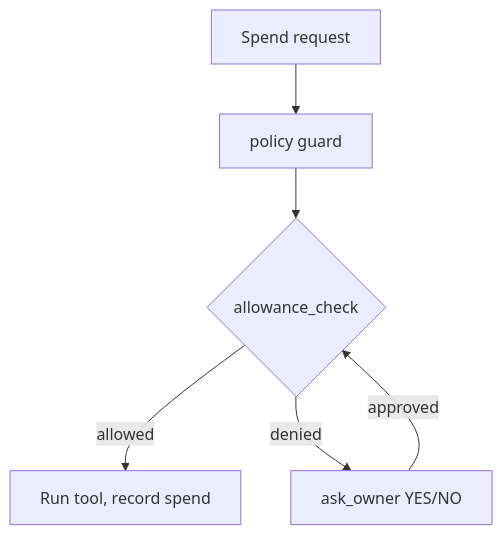
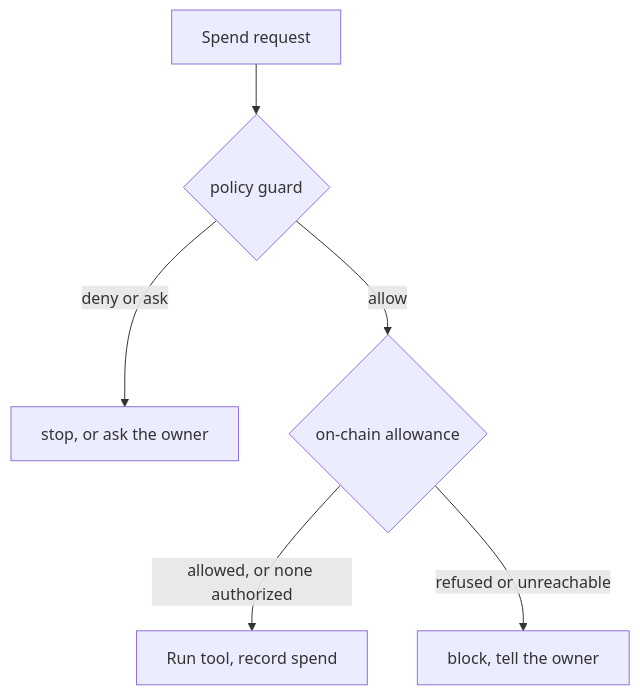
Before and after one commit to tobi-techy/midnight-instinct: the third of 3 diagrams in docs/MIDNIGHT.md, drawn with Mermaid. The commit also changed other lines of this file and 10 other files, not shown here.

First line of the commit message:
Gate spend capabilities through the on-chain allowance registry

````diff
--- a/docs/MIDNIGHT.md
+++ b/docs/MIDNIGHT.md
@@ -109,8 +113,8 @@
 ```mermaid
 flowchart TD
-  Ask[Spend request] --> Guard[policy guard]
-  Guard --> Check{allowance_check}
-  Check -- allowed --> Proceed[Run tool, record spend]
-  Check -- denied --> AskOwner[ask_owner YES/NO]
-  AskOwner -- approved --> Check
+  Ask[Spend request] --> Policy{policy guard}
+  Policy -- deny or ask --> Stop[stop, or ask the owner]
+  Policy -- allow --> Gate{on-chain allowance}
+  Gate -- allowed, or none authorized --> Proceed[Run tool, record spend]
+  Gate -- refused or unreachable --> Block[block, tell the owner]
 ```
````
